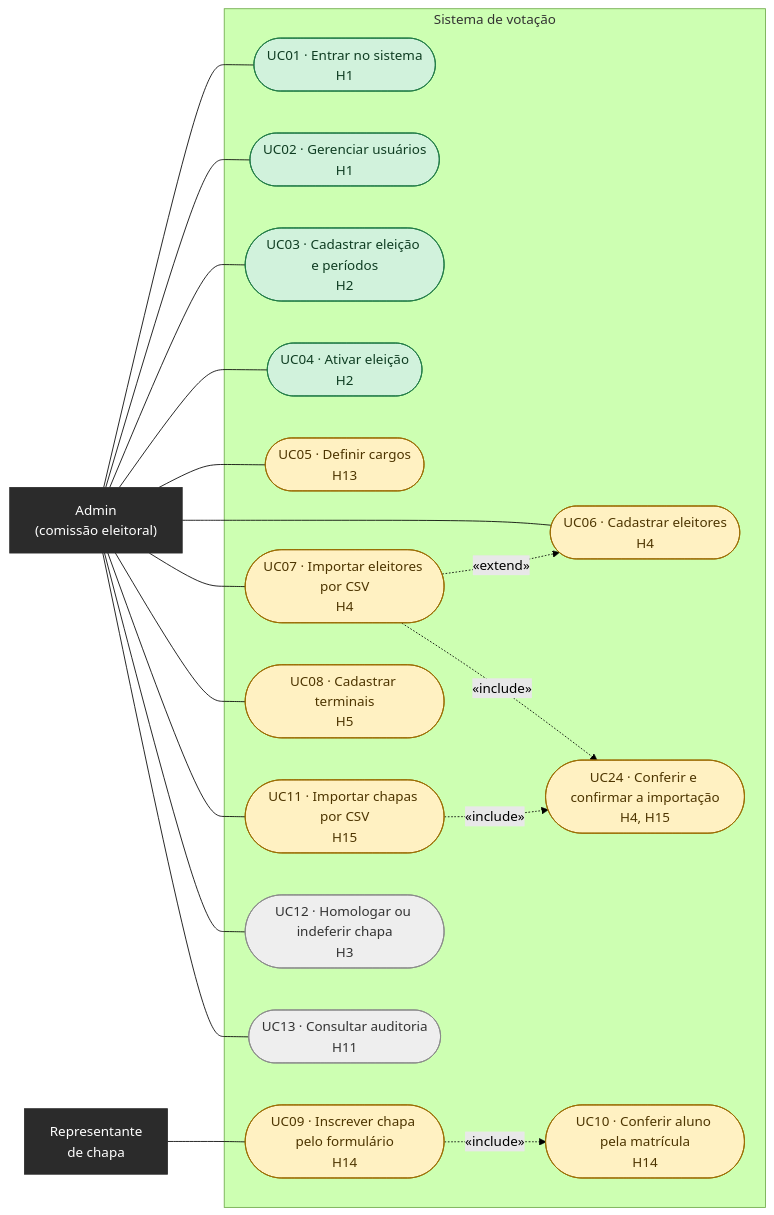
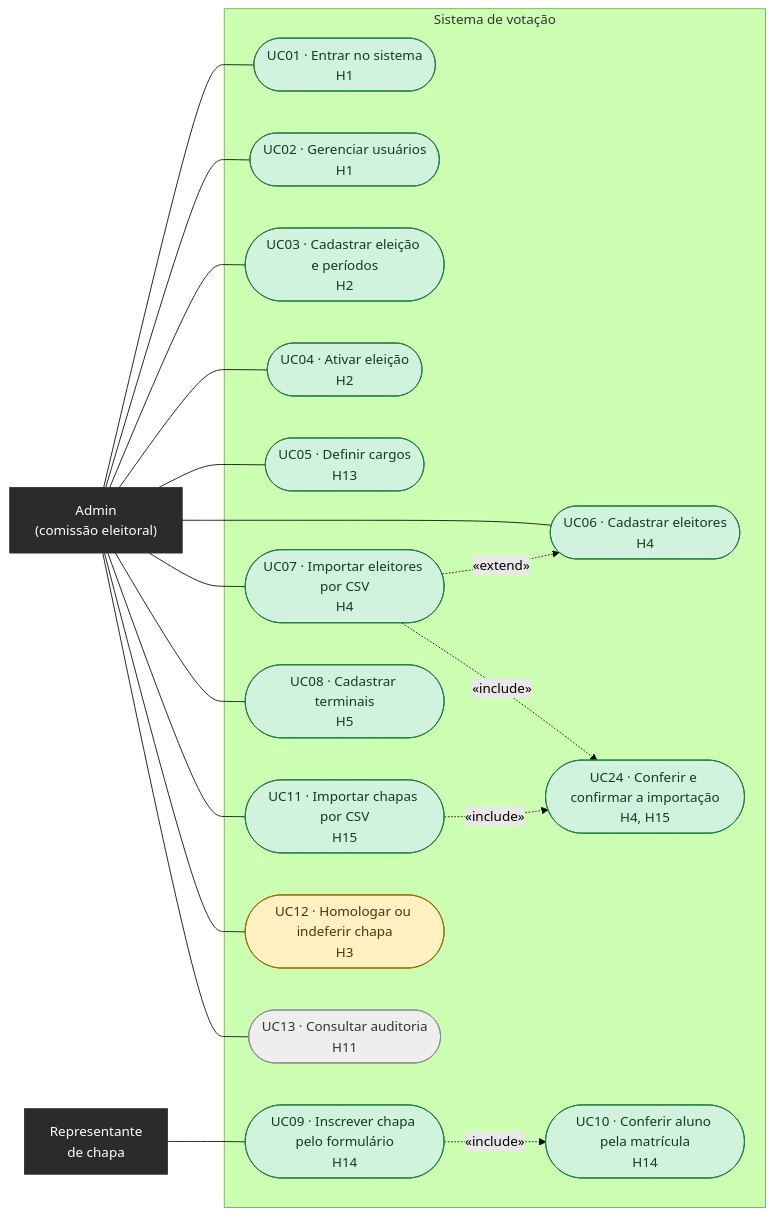
The second of 10 diagrams in docs/DIAGRAMAS.md (prof-ronildo-unicatolica/votacao-digitech), drawn with Mermaid (forest theme) before and after one commit. The commit also changed other lines of this file and 23 other files, not shown here.

````diff
--- a/docs/DIAGRAMAS.md
+++ b/docs/DIAGRAMAS.md
@@ -29,48 +29,48 @@
 ```mermaid
 flowchart LR
     ADM["Admin<br/>(comissão eleitoral)"]:::ator
     REP["Representante<br/>de chapa"]:::ator
 
     subgraph SIS["Sistema de votação"]
         UC01(["UC01 · Entrar no sistema<br/>H1"])
         UC02(["UC02 · Gerenciar usuários<br/>H1"])
         UC03(["UC03 · Cadastrar eleição e períodos<br/>H2"])
         UC04(["UC04 · Ativar eleição<br/>H2"])
         UC05(["UC05 · Definir cargos<br/>H13"])
         UC06(["UC06 · Cadastrar eleitores<br/>H4"])
         UC07(["UC07 · Importar eleitores por CSV<br/>H4"])
         UC08(["UC08 · Cadastrar terminais<br/>H5"])
         UC09(["UC09 · Inscrever chapa pelo formulário<br/>H14"])
         UC10(["UC10 · Conferir aluno pela matrícula<br/>H14"])
         UC11(["UC11 · Importar chapas por CSV<br/>H15"])
         UC24(["UC24 · Conferir e confirmar a importação<br/>H4, H15"])
         UC12(["UC12 · Homologar ou indeferir chapa<br/>H3"])
         UC13(["UC13 · Consultar auditoria<br/>H11"])
     end
 
     ADM --- UC01
     ADM --- UC02
     ADM --- UC03
     ADM --- UC04
     ADM --- UC05
     ADM --- UC06
     ADM --- UC07
     ADM --- UC08
     ADM --- UC11
     ADM --- UC12
     ADM --- UC13
     REP --- UC09
 
     UC07 -. "«extend»" .-> UC06
     UC09 -. "«include»" .-> UC10
     UC11 -. "«include»" .-> UC24
     UC07 -. "«include»" .-> UC24
 
-    class UC01,UC02,UC03,UC04 feito
-    class UC05,UC06,UC07,UC08,UC09,UC10,UC11,UC24 revisao
-    class UC12,UC13 afazer
+    class UC01,UC02,UC03,UC04,UC05,UC06,UC07,UC08,UC09,UC10,UC11,UC24 feito
+    class UC12 revisao
+    class UC13 afazer
     classDef ator fill:#2b2b2b,stroke:#2b2b2b,color:#ffffff
     classDef feito fill:#d1f2dc,stroke:#1e7a44,color:#0f3d22
     classDef revisao fill:#fff1c2,stroke:#9a6b00,color:#4d3500
     classDef afazer fill:#eeeeee,stroke:#8a8a8a,color:#333333
 ```
````
